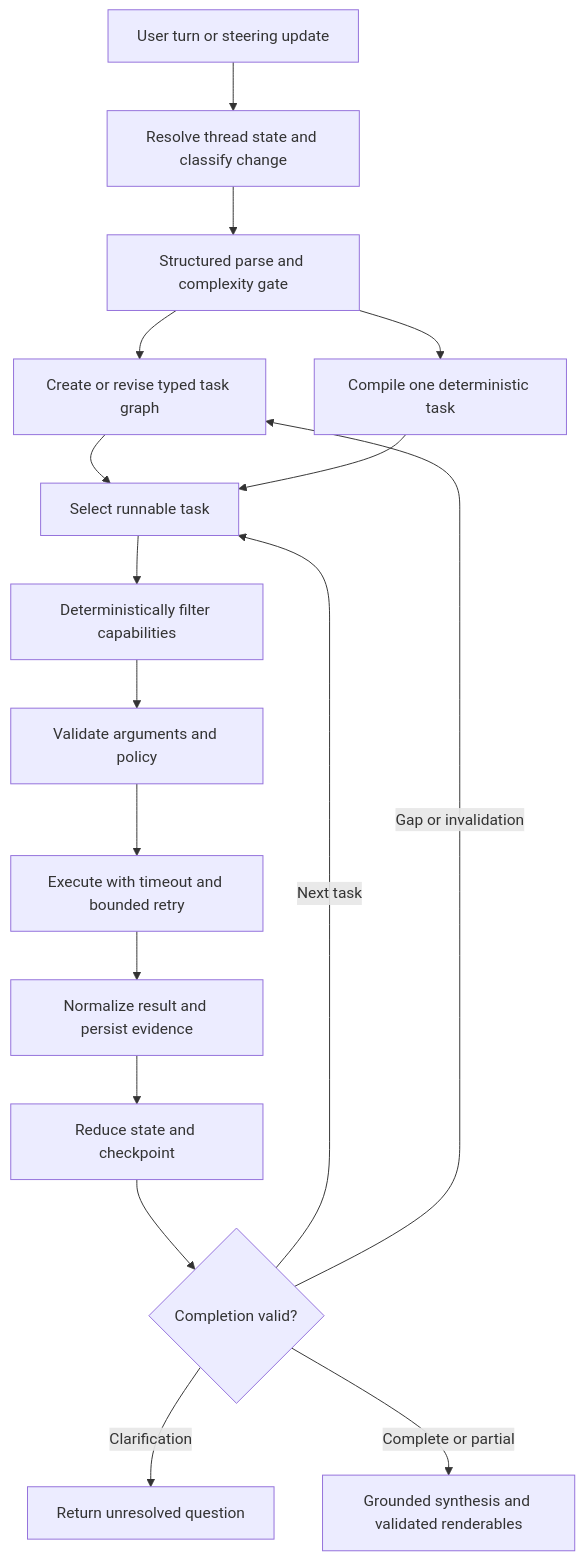
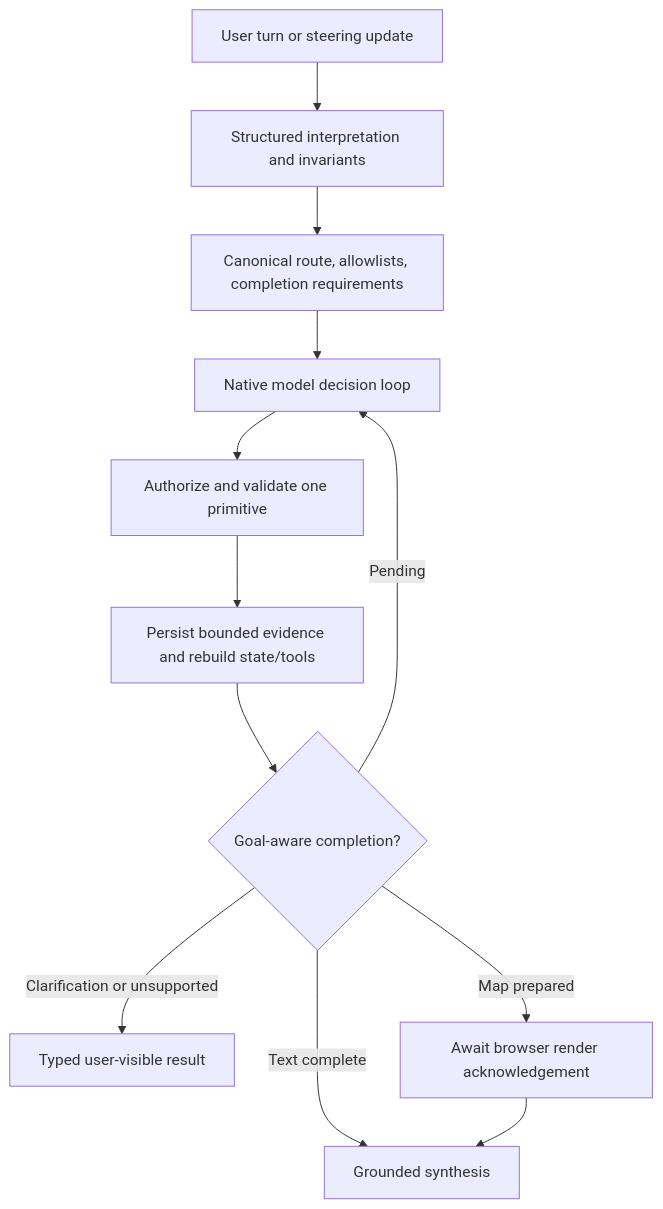
The diagram in assets/docs/geospatial/agent_runtime_v2.md (CTCycle/AEGIS-Geospatial-View), drawn with Mermaid before and after one commit. The commit also changed other lines of this file and 15 other files, not shown here.

````diff
--- a/assets/docs/geospatial/agent_runtime_v2.md
+++ b/assets/docs/geospatial/agent_runtime_v2.md
@@ -7,19 +7,14 @@
 ```mermaid
 flowchart TD
-  U["User turn or steering update"] --> C["Resolve thread state and classify change"]
-  C --> P["Structured parse and complexity gate"]
-  P --> T["Create or revise typed task graph"]
-  P --> D["Compile one deterministic task"]
-  T --> S["Select runnable task"]
-  D --> S
-  S --> F["Deterministically filter capabilities"]
-  F --> V["Validate arguments and policy"]
-  V --> E["Execute with timeout and bounded retry"]
-  E --> N["Normalize result and persist evidence"]
-  N --> R["Reduce state and checkpoint"]
-  R --> Q{"Completion valid?"}
-  Q -->|Next task| S
-  Q -->|Gap or invalidation| T
-  Q -->|Clarification| H["Return unresolved question"]
-  Q -->|Complete or partial| Y["Grounded synthesis and validated renderables"]
+  U["User turn or steering update"] --> C["Structured interpretation and invariants"]
+  C --> R["Canonical route, allowlists, completion requirements"]
+  R --> N["Native model decision loop"]
+  N --> V["Authorize and validate one primitive"]
+  V --> E["Persist bounded evidence and rebuild state/tools"]
+  E --> Q{"Goal-aware completion?"}
+  Q -->|Pending| N
+  Q -->|Clarification or unsupported| H["Typed user-visible result"]
+  Q -->|Map prepared| A["Await browser render acknowledgement"]
+  Q -->|Text complete| Y["Grounded synthesis"]
+  A --> Y
 ```
````
